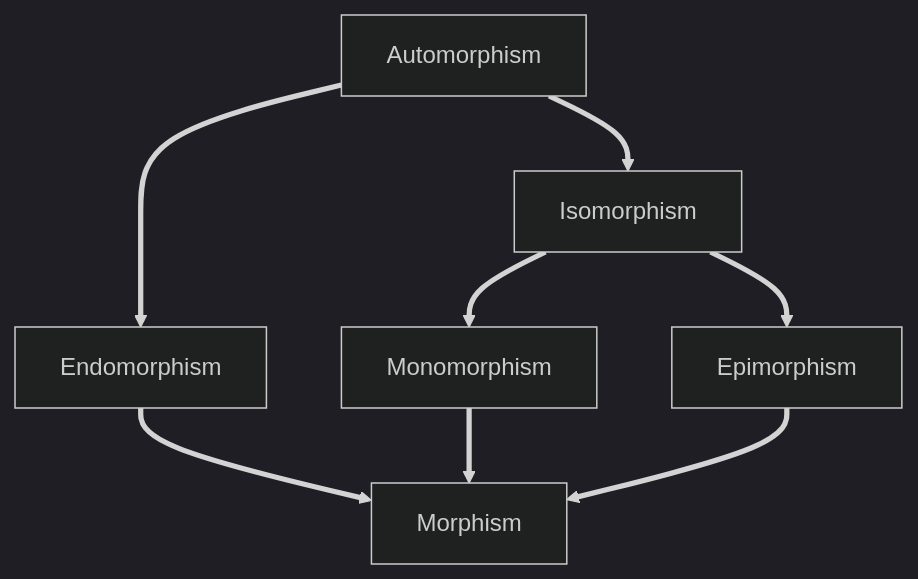
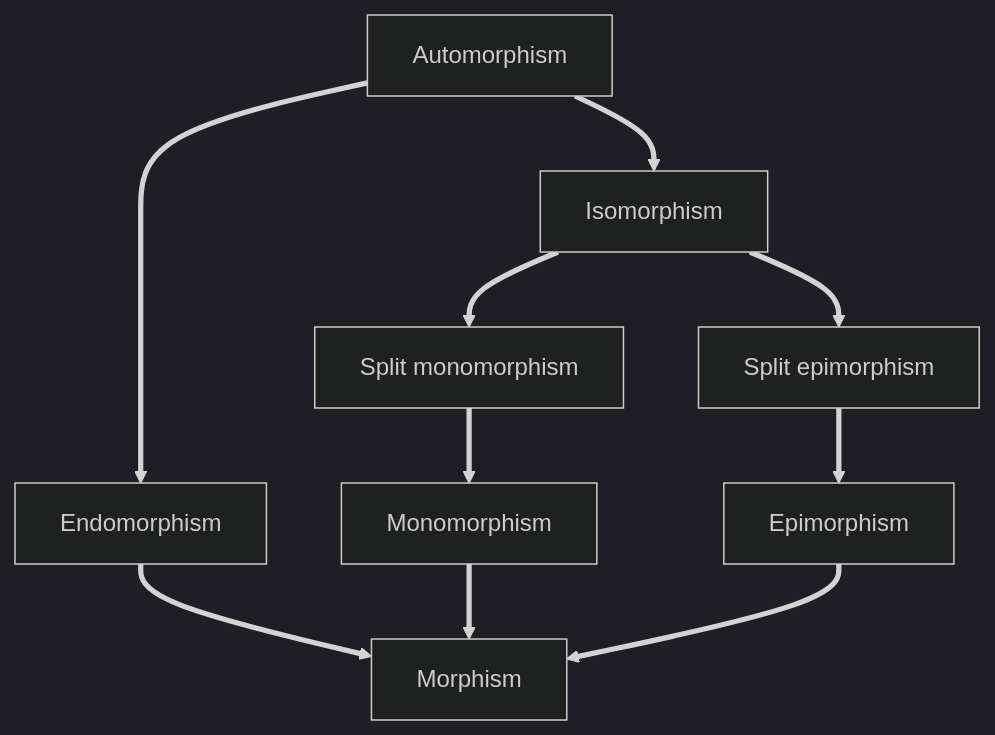
The diagram in Vault/Zen/Morphism.md (jajaperson/PKM), drawn with Mermaid (dark theme) before and after one commit. The commit also changed other lines of this file and 110 other files, not shown here.

````diff
--- a/Vault/Zen/Morphism.md
+++ b/Vault/Zen/Morphism.md
@@ -27,10 +17,16 @@
 ```mermaid
 graph TD;
-	Automorphism:::internal-link==>Endomorphism:::internal-link
-	Automorphism==>Isomorphism:::internal-link
-	Isomorphism==>Monomorphism:::internal-link
-	Isomorphism==>Epimorphism:::internal-link
-	Endomorphism==>Morphism:::internal-link
-	Monomorphism==>Morphism
-	Epimorphism==>Morphism
+    Automorphism:::internal-link
+    Isomorphism:::internal-link
+    Endomorphism:::internal-link
+    SMonomorphism[Split monomorphism]:::internal-link
+    SEpimorphism[Split epimorphism]:::internal-link
+    Monomorphism:::internal-link
+    Epimorphism:::internal-link
+    Morphism:::internal-link
+
+    Automorphism==>Endomorphism==>Morphism
+    Automorphism==>Isomorphism
+    Isomorphism==>SMonomorphism==>Monomorphism==>Morphism
+    Isomorphism==>SEpimorphism==>Epimorphism==>Morphism
 ```
````
